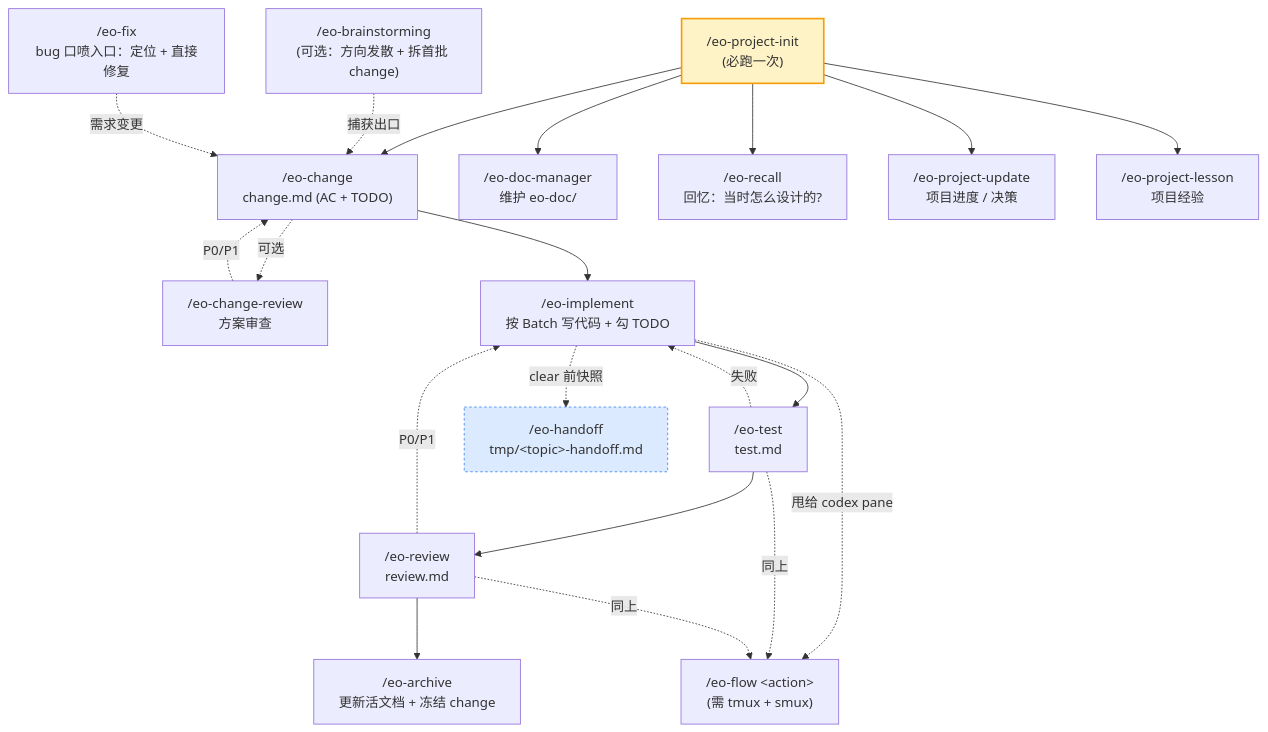
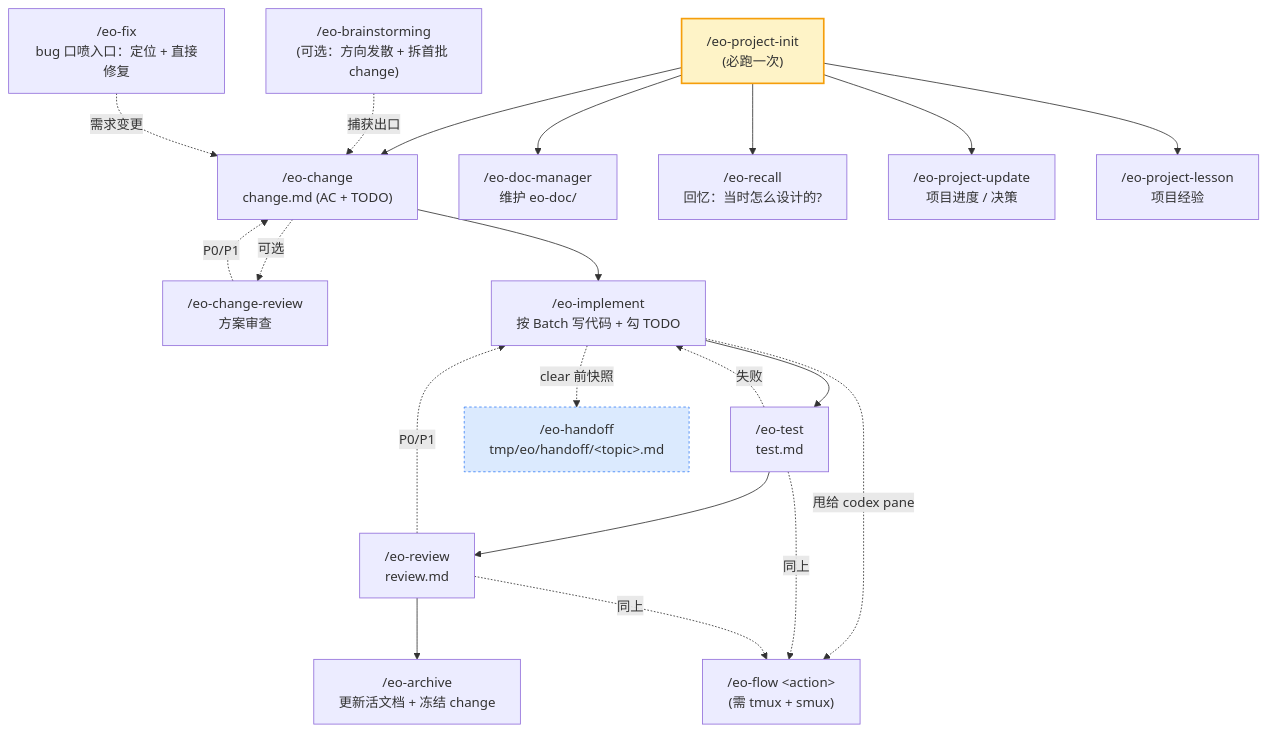
One commit to SimpleEve/eo-skills changed the diagram in README.md. Above: the diagram before and after it, drawn with Mermaid. The commit also changed other lines of this file and 32 other files, not shown here.

````diff
--- a/README.md
+++ b/README.md
@@ -96,29 +96,29 @@
 ```mermaid
 flowchart TD
     Init["/eo-project-init<br/>(必跑一次)"]:::entry --> Change
     Brain["/eo-brainstorming<br/>(可选：方向发散 + 拆首批 change)"] -.捕获出口.-> Change["/eo-change<br/>change.md (AC + TODO)"]
     Change -.可选.-> CR["/eo-change-review<br/>方案审查"]
     CR -.P0/P1.-> Change
     Change --> Imp["/eo-implement<br/>按 Batch 写代码 + 勾 TODO"]
     Imp --> Test["/eo-test<br/>test.md"]
     Test -.失败.-> Imp
     Test --> Rev["/eo-review<br/>review.md"]
     Rev -.P0/P1.-> Imp
     Rev --> Arch["/eo-archive<br/>更新活文档 + 冻结 change"]
 
     Fix["/eo-fix<br/>bug 口喷入口：定位 + 直接修复"] -.需求变更.-> Change
 
     Imp -.甩给 codex pane.-> Flow["/eo-flow &lt;action&gt;<br/>(需 tmux + smux)"]
     Test -.同上.-> Flow
     Rev -.同上.-> Flow
 
     Init --> Doc["/eo-doc-manager<br/>维护 eo-doc/"]
     Init --> Rec["/eo-recall<br/>回忆：当时怎么设计的?"]
     Init --> PU["/eo-project-update<br/>项目进度 / 决策"]
     Init --> PL["/eo-project-lesson<br/>项目经验"]
 
-    Imp -.clear 前快照.-> Hand["/eo-handoff<br/>tmp/&lt;topic&gt;-handoff.md"]:::cross
+    Imp -.clear 前快照.-> Hand["/eo-handoff<br/>tmp/eo/handoff/&lt;topic&gt;.md"]:::cross
 
     classDef entry fill:#fef3c7,stroke:#f59e0b,stroke-width:2px
     classDef cross fill:#dbeafe,stroke:#3b82f6,stroke-dasharray: 3 3
 ```
````
